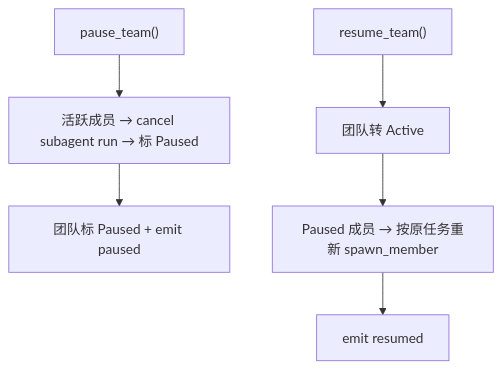
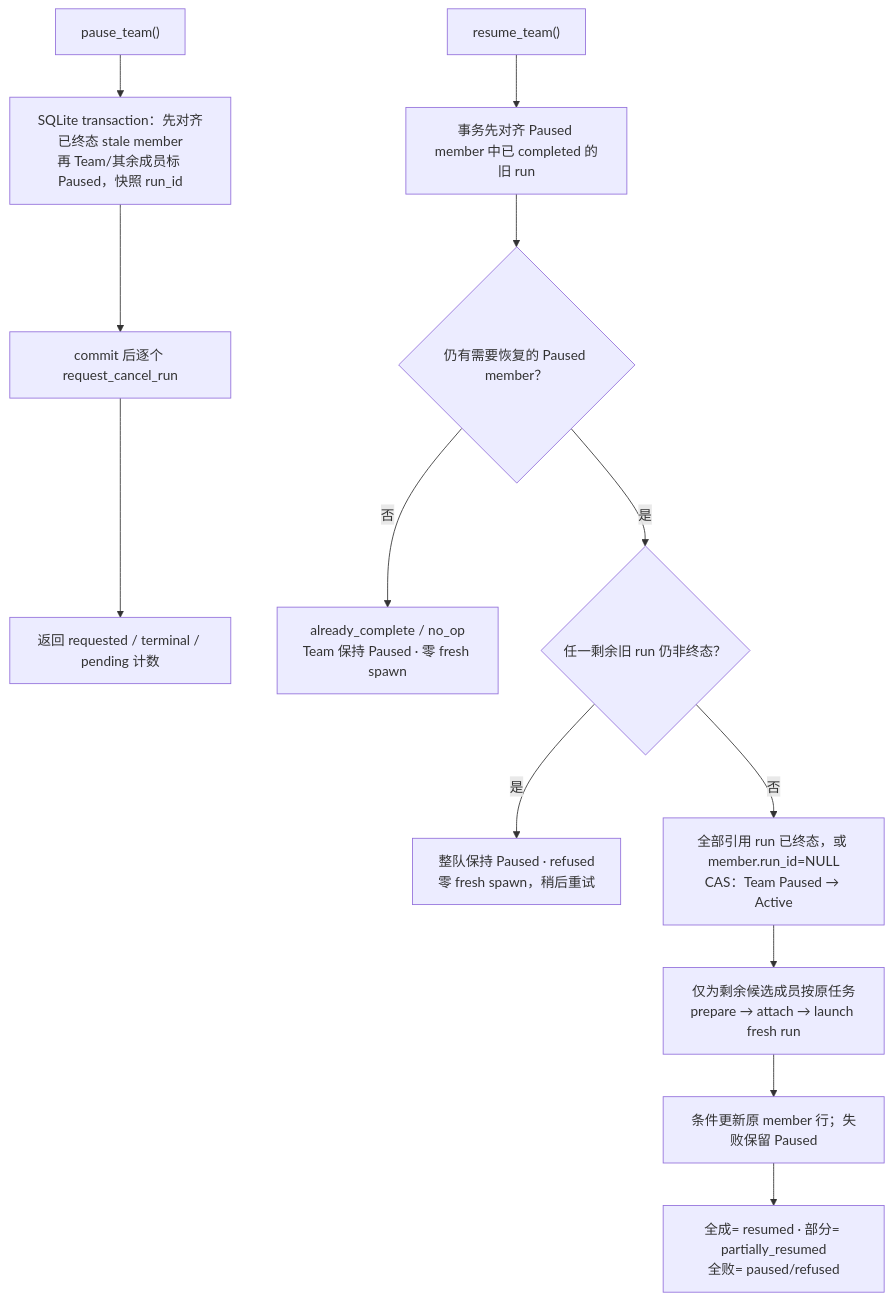
The seventh of 9 diagrams in mirrors/repos/shiwenwen@hope-agent/docs/architecture/agent/agent-team.md (gabrielmoreira/agent-skills-mirror), drawn with Mermaid before and after one commit. The commit also changed other lines of this file and 3176 other files, not shown here.

````diff
--- a/mirrors/repos/shiwenwen@hope-agent/docs/architecture/agent/agent-team.md
+++ b/mirrors/repos/shiwenwen@hope-agent/docs/architecture/agent/agent-team.md
@@ -310,13 +315,24 @@
 ```mermaid
 flowchart TD
     P["pause_team()"]
-    P1["活跃成员 → cancel subagent run → 标 Paused"]
-    P2["团队标 Paused + emit paused"]
-    P --> P1 --> P2
+    P1["SQLite transaction：先对齐已终态 stale member<br/>再 Team/其余成员标 Paused，快照 run_id"]
+    P2["commit 后逐个 request_cancel_run"]
+    P3["返回 requested / terminal / pending 计数"]
+    P --> P1 --> P2 --> P3
 
     R["resume_team()"]
-    R1["团队转 Active"]
-    R2["Paused 成员 → 按原任务重新 spawn_member"]
-    R3["emit resumed"]
-    R --> R1 --> R2 --> R3
+    RC["事务先对齐 Paused member 中已 completed 的旧 run"]
+    RA{"仍有需要恢复的 Paused member？"}
+    RN["already_complete / no_op<br/>Team 保持 Paused · 零 fresh spawn"]
+    R0{"任一剩余旧 run 仍非终态？"}
+    RX["整队保持 Paused · refused<br/>零 fresh spawn，稍后重试"]
+    R1["全部引用 run 已终态，或 member.run_id=NULL<br/>CAS：Team Paused → Active"]
+    R2["仅为剩余候选成员按原任务<br/>prepare → attach → launch fresh run"]
+    R3["条件更新原 member 行；失败保留 Paused"]
+    R4["全成= resumed · 部分= partially_resumed<br/>全败= paused/refused"]
+    R --> RC --> RA
+    RA -->|否| RN
+    RA -->|是| R0
+    R0 -->|是| RX
+    R0 -->|否| R1 --> R2 --> R3 --> R4
 ```
````
